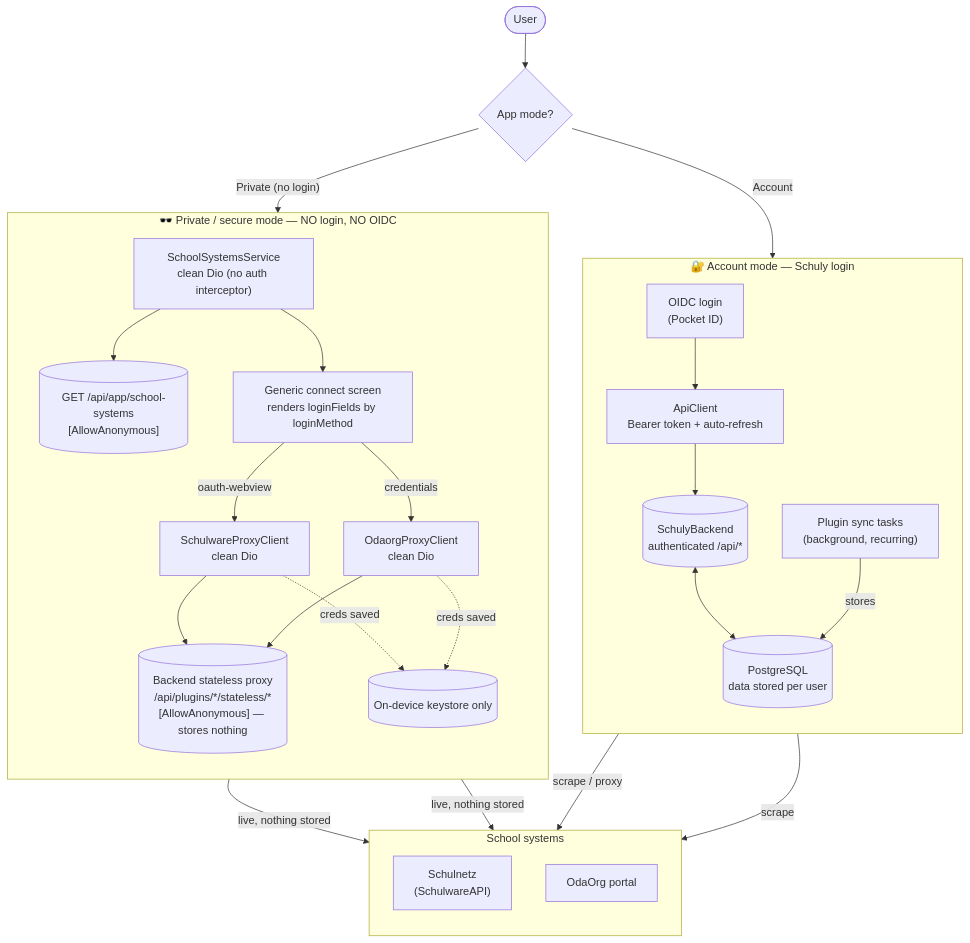
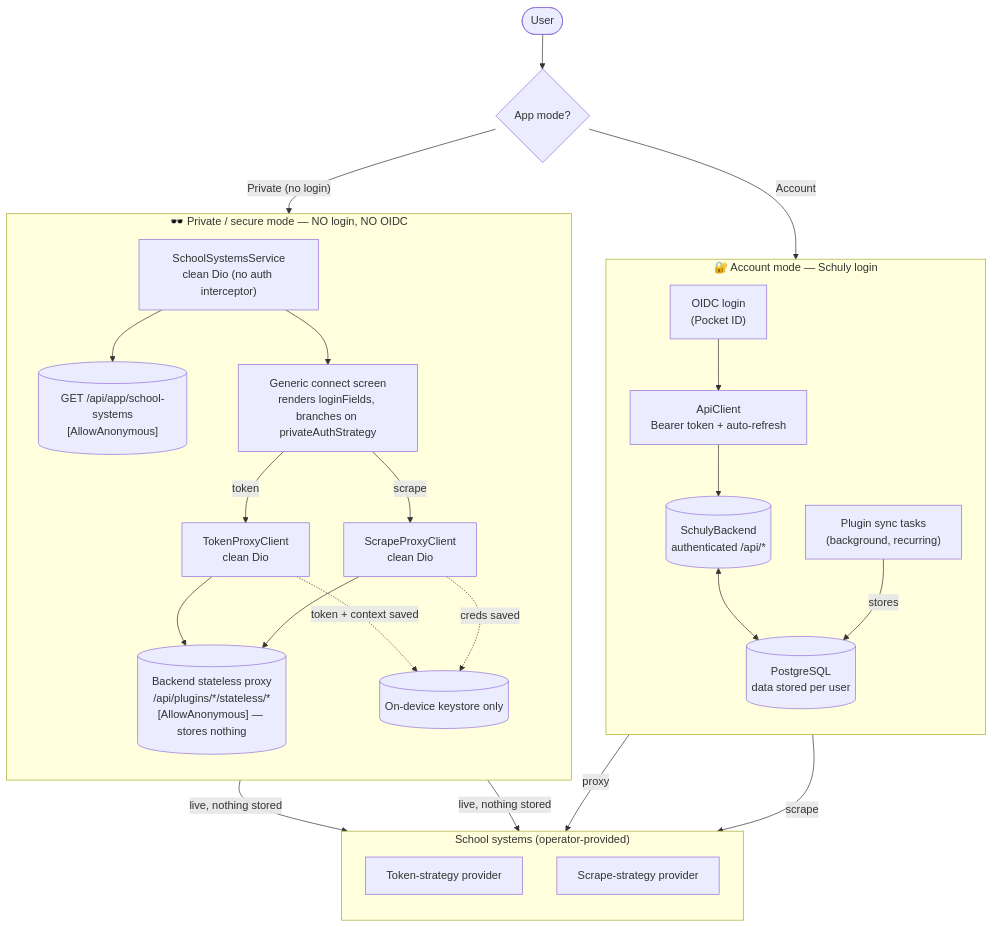
The diagram in docs/architecture-modes.md (schulydev/Schuly), drawn with Mermaid before and after one commit. The commit also changed other lines of this file and 51 other files, not shown here.

````diff
--- a/docs/architecture-modes.md
+++ b/docs/architecture-modes.md
@@ -7,50 +8,50 @@
 ```mermaid
 flowchart TB
   User(["User"])
   User --> Gate{"App mode?"}
 
   Gate -->|"Account"| Login
   Gate -->|"Private (no login)"| Catalog
 
   subgraph ACCOUNT["🔐 Account mode — Schuly login"]
     direction TB
     Login["OIDC login<br/>(Pocket ID)"]
     ApiClient["ApiClient<br/>Bearer token + auto-refresh"]
     Backend[("SchulyBackend<br/>authenticated /api/*")]
     DB[("PostgreSQL<br/>data stored per user")]
     Sync["Plugin sync tasks<br/>(background, recurring)"]
     Login --> ApiClient --> Backend
     Backend <--> DB
     Sync -->|"stores"| DB
   end
 
   subgraph PRIVATE["🕶️ Private / secure mode — NO login, NO OIDC"]
     direction TB
     Catalog["SchoolSystemsService<br/>clean Dio (no auth interceptor)"]
     AnonCat[("GET /api/app/school-systems<br/>[AllowAnonymous]")]
-    Connect["Generic connect screen<br/>renders loginFields by loginMethod"]
-    SP["SchulwareProxyClient<br/>clean Dio"]
-    OP["OdaorgProxyClient<br/>clean Dio"]
+    Connect["Generic connect screen<br/>renders loginFields, branches on privateAuthStrategy"]
+    TP["TokenProxyClient<br/>clean Dio"]
+    SP["ScrapeProxyClient<br/>clean Dio"]
     Stateless[("Backend stateless proxy<br/>/api/plugins/*/stateless/*<br/>[AllowAnonymous] — stores nothing")]
     Keystore[("On-device keystore only")]
     Catalog --> AnonCat
     Catalog --> Connect
-    Connect -->|"oauth-webview"| SP
-    Connect -->|"credentials"| OP
+    Connect -->|"token"| TP
+    Connect -->|"scrape"| SP
+    TP --> Stateless
     SP --> Stateless
-    OP --> Stateless
+    TP -.->|"token + context saved"| Keystore
     SP -.->|"creds saved"| Keystore
-    OP -.->|"creds saved"| Keystore
   end
 
-  subgraph SOURCES["School systems"]
+  subgraph SOURCES["School systems (operator-provided)"]
     direction TB
-    Schulnetz["Schulnetz<br/>(SchulwareAPI)"]
-    OdaOrg["OdaOrg portal"]
+    TokenProvider["Token-strategy provider"]
+    ScrapeProvider["Scrape-strategy provider"]
   end
 
-  Sync -->|"scrape / proxy"| Schulnetz
-  Sync -->|"scrape"| OdaOrg
-  Stateless -->|"live, nothing stored"| Schulnetz
-  Stateless -->|"live, nothing stored"| OdaOrg
+  Sync -->|"proxy"| TokenProvider
+  Sync -->|"scrape"| ScrapeProvider
+  Stateless -->|"live, nothing stored"| TokenProvider
+  Stateless -->|"live, nothing stored"| ScrapeProvider
 ```
````
